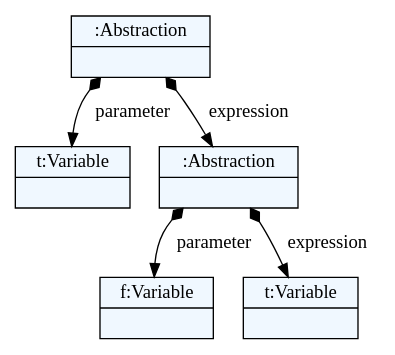
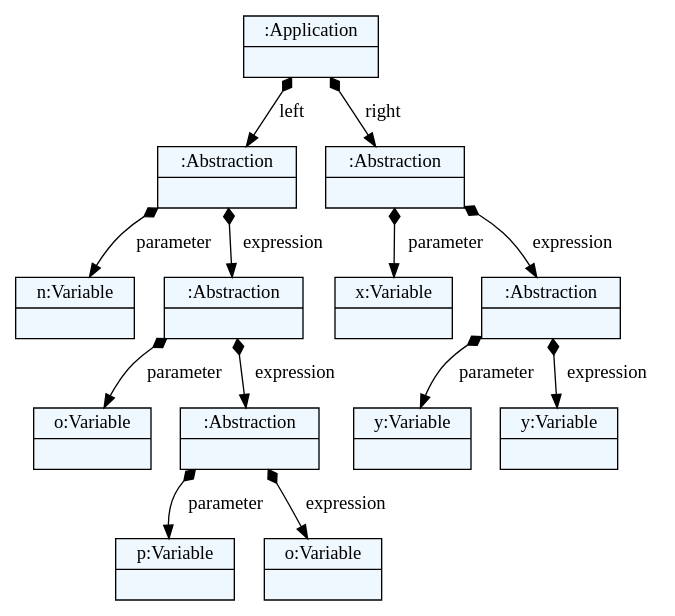
The diagram in language/models/model3.dot (pavleglusac/lambda-calculus), drawn with Graphviz before and after one commit. The commit also changed 22 other files, not shown here.

```diff
--- a/language/models/model3.dot
+++ b/language/models/model3.dot
@@ -1,24 +1,40 @@
 
     digraph textX {
     fontname = "Bitstream Vera Sans"
     fontsize = 8
     node[
         shape=record,
         style=filled,
         fillcolor=aliceblue
     ]
     nodesep = 0.3
     edge[dir=black,arrowtail=empty]
 
 
-1953380660848 -> 1953380153568 [label="parameter" arrowtail=diamond dir=both]
-1953380153568[label="{t:Variable|}"]
-1953380660848 -> 1953380153520 [label="expression" arrowtail=diamond dir=both]
-1953380153520 -> 1953380397120 [label="parameter" arrowtail=diamond dir=both]
-1953380397120[label="{f:Variable|}"]
-1953380153520 -> 1953380397216 [label="expression" arrowtail=diamond dir=both]
-1953380397216[label="{t:Variable|}"]
-1953380153520[label="{:Abstraction|}"]
-1953380660848[label="{:Abstraction|}"]
+2196313881808 -> 2196318707776 [label="left" arrowtail=diamond dir=both]
+2196318707776 -> 2196318707824 [label="parameter" arrowtail=diamond dir=both]
+2196318707824[label="{n:Variable|}"]
+2196318707776 -> 2196317842544 [label="expression" arrowtail=diamond dir=both]
+2196317842544 -> 2196317842592 [label="parameter" arrowtail=diamond dir=both]
+2196317842592[label="{o:Variable|}"]
+2196317842544 -> 2196317842448 [label="expression" arrowtail=diamond dir=both]
+2196317842448 -> 2196317842496 [label="parameter" arrowtail=diamond dir=both]
+2196317842496[label="{p:Variable|}"]
+2196317842448 -> 2196317842208 [label="expression" arrowtail=diamond dir=both]
+2196317842208[label="{o:Variable|}"]
+2196317842448[label="{:Abstraction|}"]
+2196317842544[label="{:Abstraction|}"]
+2196318707776[label="{:Abstraction|}"]
+2196313881808 -> 2196318589088 [label="right" arrowtail=diamond dir=both]
+2196318589088 -> 2196318589136 [label="parameter" arrowtail=diamond dir=both]
+2196318589136[label="{x:Variable|}"]
+2196318589088 -> 2196318763616 [label="expression" arrowtail=diamond dir=both]
+2196318763616 -> 2196318763184 [label="parameter" arrowtail=diamond dir=both]
+2196318763184[label="{y:Variable|}"]
+2196318763616 -> 2196318763136 [label="expression" arrowtail=diamond dir=both]
+2196318763136[label="{y:Variable|}"]
+2196318763616[label="{:Abstraction|}"]
+2196318589088[label="{:Abstraction|}"]
+2196313881808[label="{:Application|}"]
 
 }
```
